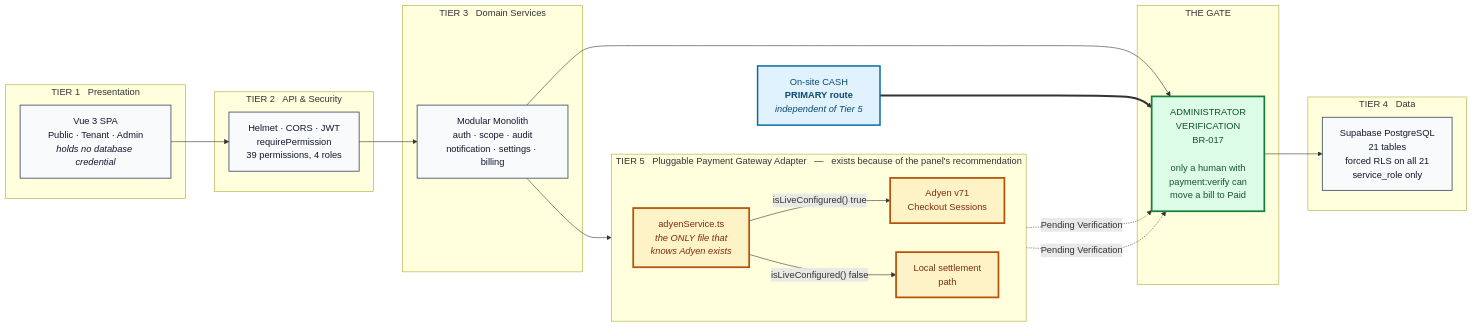
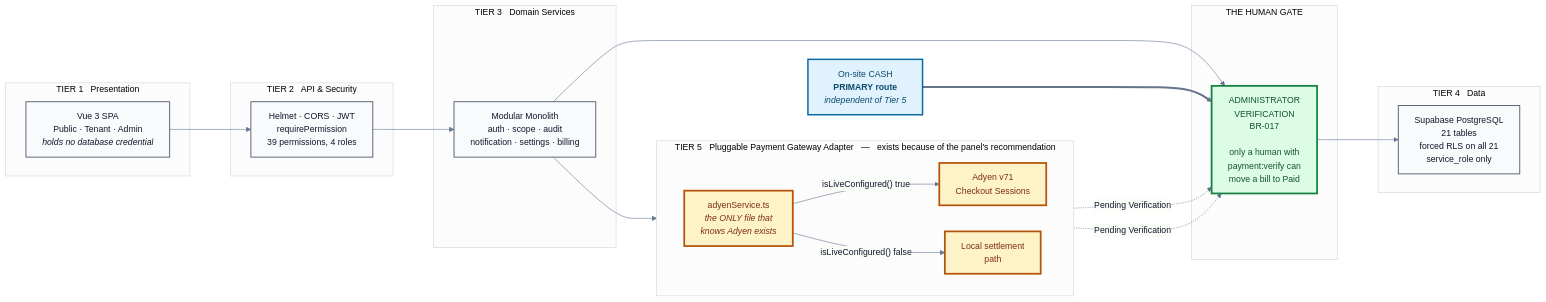
One commit to SeanJerve/hivelet changed the diagram in docs/diagrams/hivelet_architecture_defense.mmd. Above: the diagram before and after it, drawn with Mermaid. The commit also changed 11 other files, not shown here.

First line of the commit message:
docs(diagrams): paste-ready Mermaid source, themed; explain the DFD change

```diff
--- a/docs/diagrams/hivelet_architecture_defense.mmd
+++ b/docs/diagrams/hivelet_architecture_defense.mmd
@@ -1,48 +1,49 @@
+%%{init: {'theme':'base','themeVariables':{'fontFamily':'Inter, Segoe UI, Helvetica, sans-serif','fontSize':'15px','primaryColor':'#f8fafc','primaryTextColor':'#0f172a','primaryBorderColor':'#94a3b8','lineColor':'#64748b','tertiaryColor':'#ffffff','clusterBkg':'#fcfcfd','clusterBorder':'#cbd5e1'}, 'flowchart': {'curve':'basis','nodeSpacing':45,'rankSpacing':70,'padding':14}}}%%
 graph LR
 
     subgraph T1 ["TIER 1 &nbsp; Presentation"]
         UI["Vue 3 SPA<br/>Public &middot; Tenant &middot; Admin<br/><i>holds no database credential</i>"]
     end
 
     subgraph T2 ["TIER 2 &nbsp; API &amp; Security"]
         SEC["Helmet &middot; CORS &middot; JWT<br/>requirePermission<br/>39 permissions, 4 roles"]
     end
 
     subgraph T3 ["TIER 3 &nbsp; Domain Services"]
         SRV["Modular Monolith<br/>auth &middot; scope &middot; audit<br/>notification &middot; settings &middot; billing"]
     end
 
-    subgraph TG ["THE GATE"]
+    subgraph TG ["&nbsp; THE HUMAN GATE &nbsp;"]
         GATE["ADMINISTRATOR<br/>VERIFICATION<br/>BR-017<br/><br/>only a human with<br/>payment:verify can<br/>move a bill to Paid"]
     end
 
     subgraph T4 ["TIER 4 &nbsp; Data"]
         DB["Supabase PostgreSQL<br/>21 tables<br/>forced RLS on all 21<br/>service_role only"]
     end
 
     subgraph T5 ["TIER 5 &nbsp; Pluggable Payment Gateway Adapter &nbsp; &mdash; &nbsp; exists because of the panel's recommendation"]
         direction LR
         ADAPTER["adyenService.ts<br/><i>the ONLY file that<br/>knows Adyen exists</i>"]
         LIVE["Adyen v71<br/>Checkout Sessions"]
         FALLBACK["Local settlement<br/>path"]
         ADAPTER -->|"isLiveConfigured&lpar;&rpar; true"| LIVE
         ADAPTER -->|"isLiveConfigured&lpar;&rpar; false"| FALLBACK
     end
 
     CASH["On-site CASH<br/><b>PRIMARY route</b><br/><i>independent of Tier 5</i>"]
 
     UI --> SEC --> SRV --> GATE --> DB
     SRV --> ADAPTER
     LIVE -.->|"Pending Verification"| GATE
     FALLBACK -.->|"Pending Verification"| GATE
     CASH ==> GATE
 
     classDef tier fill:#f8fafc,stroke:#475569,stroke-width:1.5px,color:#0f172a
     classDef adapter fill:#fef3c7,stroke:#b45309,stroke-width:3px,color:#7c2d12
     classDef gate fill:#dcfce7,stroke:#15803d,stroke-width:3px,color:#14532d
     classDef cash fill:#e0f2fe,stroke:#0369a1,stroke-width:2.5px,color:#0c4a6e
 
     class UI,SEC,SRV,DB tier
     class ADAPTER,LIVE,FALLBACK adapter
     class GATE gate
     class CASH cash
```
